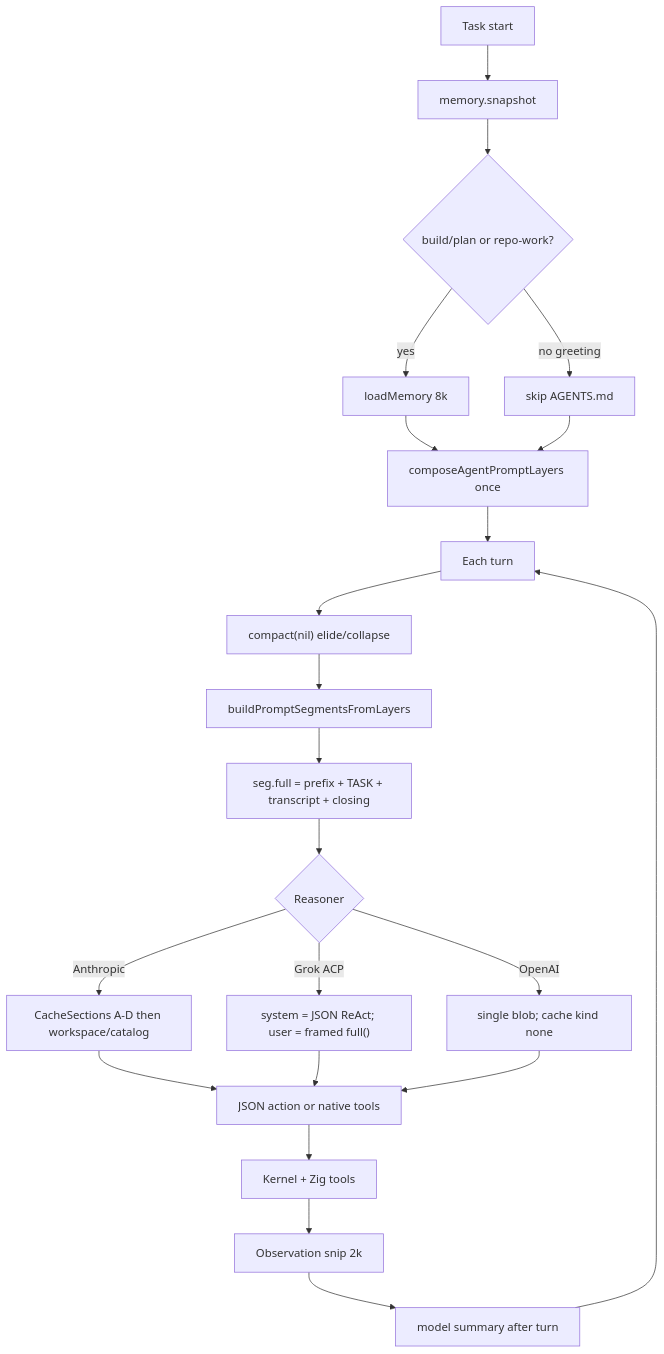
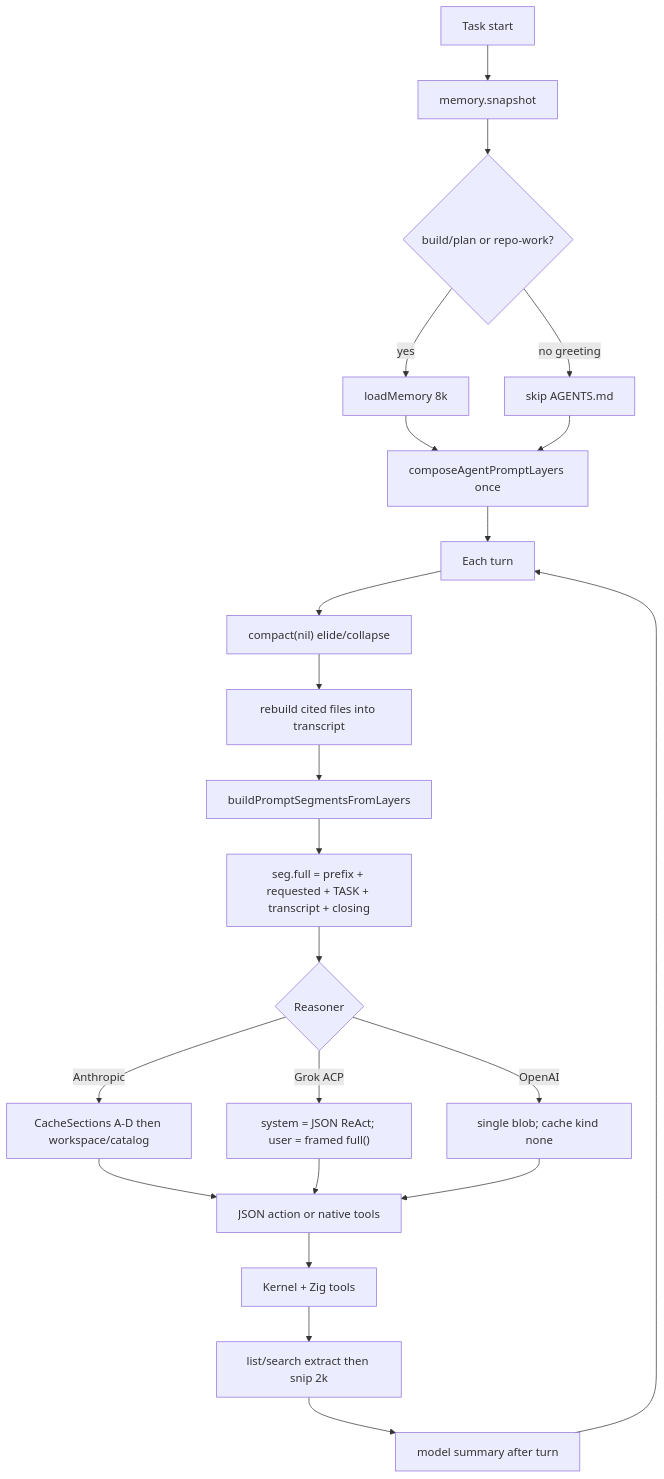
Before and after one commit to Nebutra/carina: the diagram in docs/CONTEXT_ENGINEERING.md, drawn with Mermaid. The commit also changed other lines of this file and 33 other files, not shown here.

````diff
--- a/docs/CONTEXT_ENGINEERING.md
+++ b/docs/CONTEXT_ENGINEERING.md
@@ -87,24 +92,25 @@
 ```mermaid
 flowchart TD
   start[Task start] --> snap[memory.snapshot]
   snap --> rules{build/plan or repo-work?}
   rules -->|yes| loadF[loadMemory 8k]
   rules -->|no greeting| skipF[skip AGENTS.md]
   loadF --> layers
   skipF --> layers[composeAgentPromptLayers once]
   layers --> loop[Each turn]
   loop --> cheap["compact(nil) elide/collapse"]
-  cheap --> build[buildPromptSegmentsFromLayers]
-  build --> full["seg.full = prefix + TASK + transcript + closing"]
+  cheap --> rebuild[rebuild cited files into transcript]
+  rebuild --> build[buildPromptSegmentsFromLayers]
+  build --> full["seg.full = prefix + requested + TASK + transcript + closing"]
   full --> route{Reasoner}
   route -->|Anthropic| cache[CacheSections A-D then workspace/catalog]
   route -->|Grok ACP| stuff["system = JSON ReAct; user = framed full()"]
   route -->|OpenAI| blob["single blob; cache kind none"]
   cache --> act[JSON action or native tools]
   stuff --> act
   blob --> act
   act --> exec[Kernel + Zig tools]
-  exec --> obs[Observation snip 2k]
+  exec --> obs[list/search extract then snip 2k]
   obs --> after[model summary after turn]
   after --> loop
 ```
````
